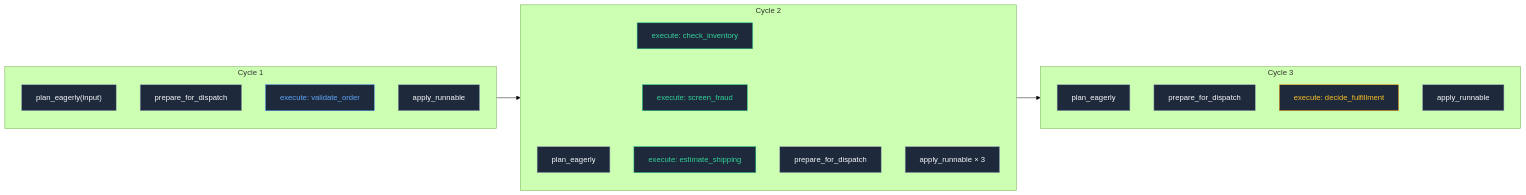
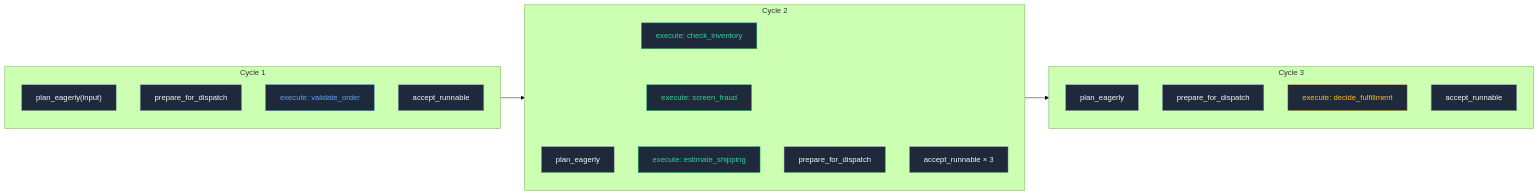
One commit to zblanco/runic changed the fifth of 5 diagrams in guides/scheduling.md. Above: the diagram before and after it, drawn with Mermaid (forest theme). The commit also changed other lines of this file and 21 other files, not shown here.

````diff
--- a/guides/scheduling.md
+++ b/guides/scheduling.md
@@ -682,48 +685,48 @@
 ```mermaid
 flowchart LR
     subgraph "Cycle 1"
         direction TB
         P1["plan_eagerly(input)"]
         D1["prepare_for_dispatch"]
         E1["execute: validate_order"]
-        A1["apply_runnable"]
+        A1["accept_runnable"]
     end
 
     subgraph "Cycle 2"
         direction TB
         P2["plan_eagerly"]
         D2["prepare_for_dispatch"]
         E2a["execute: check_inventory"]
         E2b["execute: screen_fraud"]
         E2c["execute: estimate_shipping"]
-        A2["apply_runnable × 3"]
+        A2["accept_runnable × 3"]
     end
 
     subgraph "Cycle 3"
         direction TB
         P3["plan_eagerly"]
         D3["prepare_for_dispatch"]
         E3["execute: decide_fulfillment"]
-        A3["apply_runnable"]
+        A3["accept_runnable"]
     end
 
     A1 --> P2
     A2 --> P3
     E2a ~~~ E2b
     E2b ~~~ E2c
 
     style P1 fill:#1e293b,stroke:#94a3b8,color:#f8fafc
     style D1 fill:#1e293b,stroke:#94a3b8,color:#f8fafc
     style E1 fill:#1e293b,stroke:#3b82f6,color:#60a5fa
     style A1 fill:#1e293b,stroke:#94a3b8,color:#f8fafc
     style P2 fill:#1e293b,stroke:#94a3b8,color:#f8fafc
     style D2 fill:#1e293b,stroke:#94a3b8,color:#f8fafc
     style E2a fill:#1e293b,stroke:#10b981,color:#34d399
     style E2b fill:#1e293b,stroke:#10b981,color:#34d399
     style E2c fill:#1e293b,stroke:#10b981,color:#34d399
     style A2 fill:#1e293b,stroke:#94a3b8,color:#f8fafc
     style P3 fill:#1e293b,stroke:#94a3b8,color:#f8fafc
     style D3 fill:#1e293b,stroke:#94a3b8,color:#f8fafc
     style E3 fill:#1e293b,stroke:#f59e0b,color:#fbbf24
     style A3 fill:#1e293b,stroke:#94a3b8,color:#f8fafc
 ```
````
